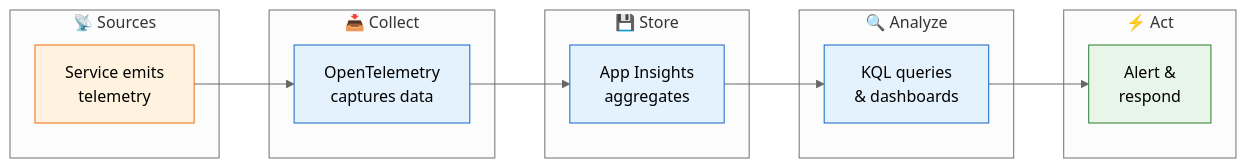
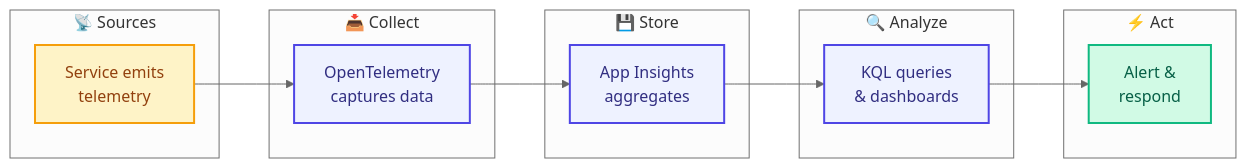
One commit to Evilazaro/Azure-LogicApps-Monitoring changed the third of 4 diagrams in docs/architecture/01-business-architecture.md. Above: the diagram before and after it, drawn with Mermaid (neutral theme). The commit also changed other lines of this file and 4 other files, not shown here.

Commit message:
feat(docs): Enhance architecture documentation with detailed diagrams and modern color palette

````diff
--- a/docs/architecture/01-business-architecture.md
+++ b/docs/architecture/01-business-architecture.md
@@ -174,32 +180,34 @@
 ```mermaid
 flowchart LR
+    %% Observability Value Stream - Telemetry collection and analysis flow
     subgraph Sources["📡 Sources"]
         A1["Service emits<br/>telemetry"]
     end
 
     subgraph Collect["📥 Collect"]
         B1["OpenTelemetry<br/>captures data"]
     end
 
     subgraph Store["💾 Store"]
         C1["App Insights<br/>aggregates"]
     end
 
     subgraph Analyze["🔍 Analyze"]
         D1["KQL queries<br/>& dashboards"]
     end
 
     subgraph Act["⚡ Act"]
         E1["Alert &<br/>respond"]
     end
 
     A1 --> B1 --> C1 --> D1 --> E1
 
-    classDef source fill:#fff3e0,stroke:#ef6c00
-    classDef process fill:#e3f2fd,stroke:#1565c0
-    classDef outcome fill:#e8f5e9,stroke:#2e7d32
+    %% Modern color palette - WCAG AA compliant
+    classDef source fill:#FEF3C7,stroke:#F59E0B,stroke-width:2px,color:#92400E
+    classDef process fill:#EEF2FF,stroke:#4F46E5,stroke-width:2px,color:#312E81
+    classDef outcome fill:#D1FAE5,stroke:#10B981,stroke-width:2px,color:#065F46
 
     class A1 source
     class B1,C1,D1 process
     class E1 outcome
 ```
````
